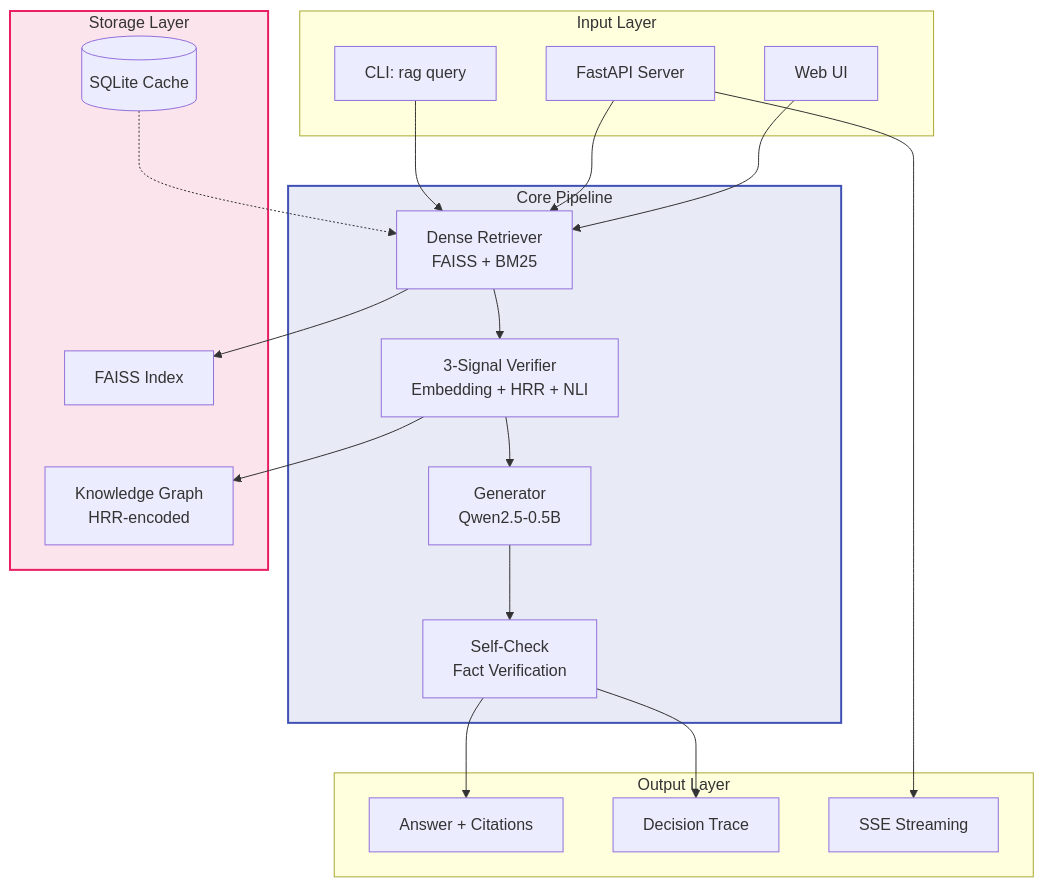
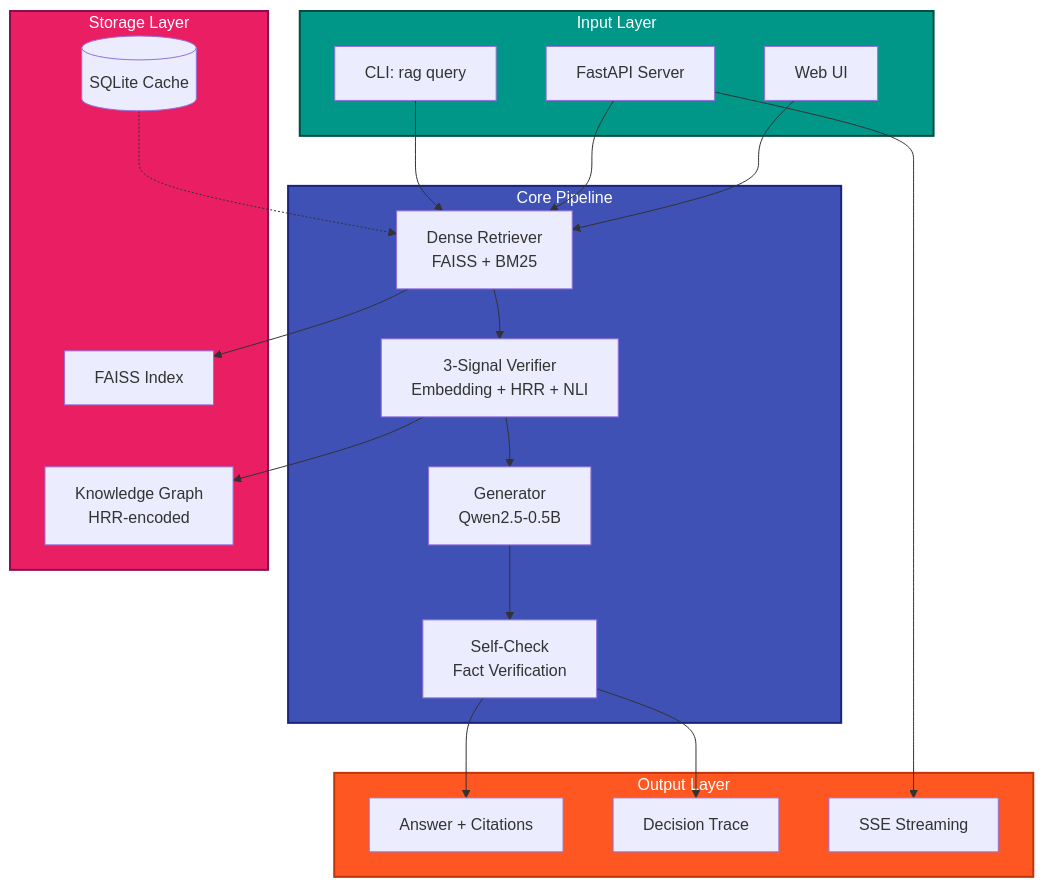
One commit to iamhero2709/corrective-rag changed the second of 3 diagrams in README.md. Above: the diagram before and after it, drawn with Mermaid. The commit also changed other lines of this file and 3 other files, not shown here.

First line of the commit message:
fix: dark-mode Mermaid diagrams, multi-part answers, citation text limit

````diff
--- a/README.md
+++ b/README.md
@@ -114,43 +115,45 @@
 ```mermaid
 flowchart TB
     subgraph Input["Input Layer"]
         CLI[CLI: rag query]
         API[FastAPI Server]
         WEB[Web UI]
     end
 
     subgraph Core["Core Pipeline"]
         R[Dense Retriever<br/>FAISS + BM25]
         V[3-Signal Verifier<br/>Embedding + HRR + NLI]
         G[Generator<br/>Qwen2.5-0.5B]
         SC[Self-Check<br/>Fact Verification]
     end
 
     subgraph Storage["Storage Layer"]
         FI[FAISS Index]
         KG[Knowledge Graph<br/>HRR-encoded]
         DB[(SQLite Cache)]
     end
 
     subgraph Output["Output Layer"]
         ANS[Answer + Citations]
         TRACE[Decision Trace]
         SSE[SSE Streaming]
     end
 
     CLI --> R
     API --> R
     WEB --> R
     R --> FI
     R --> V
     V --> KG
     V --> G
     G --> SC
     SC --> ANS
     SC --> TRACE
     API --> SSE
     DB -.-> R
 
-    style Core fill:#e8eaf6,stroke:#3f51b5,stroke-width:2px
-    style Storage fill:#fce4ec,stroke:#e91e63,stroke-width:2px
+    style Core fill:#3F51B5,stroke:#1A237E,color:#fff,stroke-width:2px
+    style Storage fill:#E91E63,stroke:#880E4F,color:#fff,stroke-width:2px
+    style Input fill:#009688,stroke:#004D40,color:#fff,stroke-width:2px
+    style Output fill:#FF5722,stroke:#BF360C,color:#fff,stroke-width:2px
 ```
````
